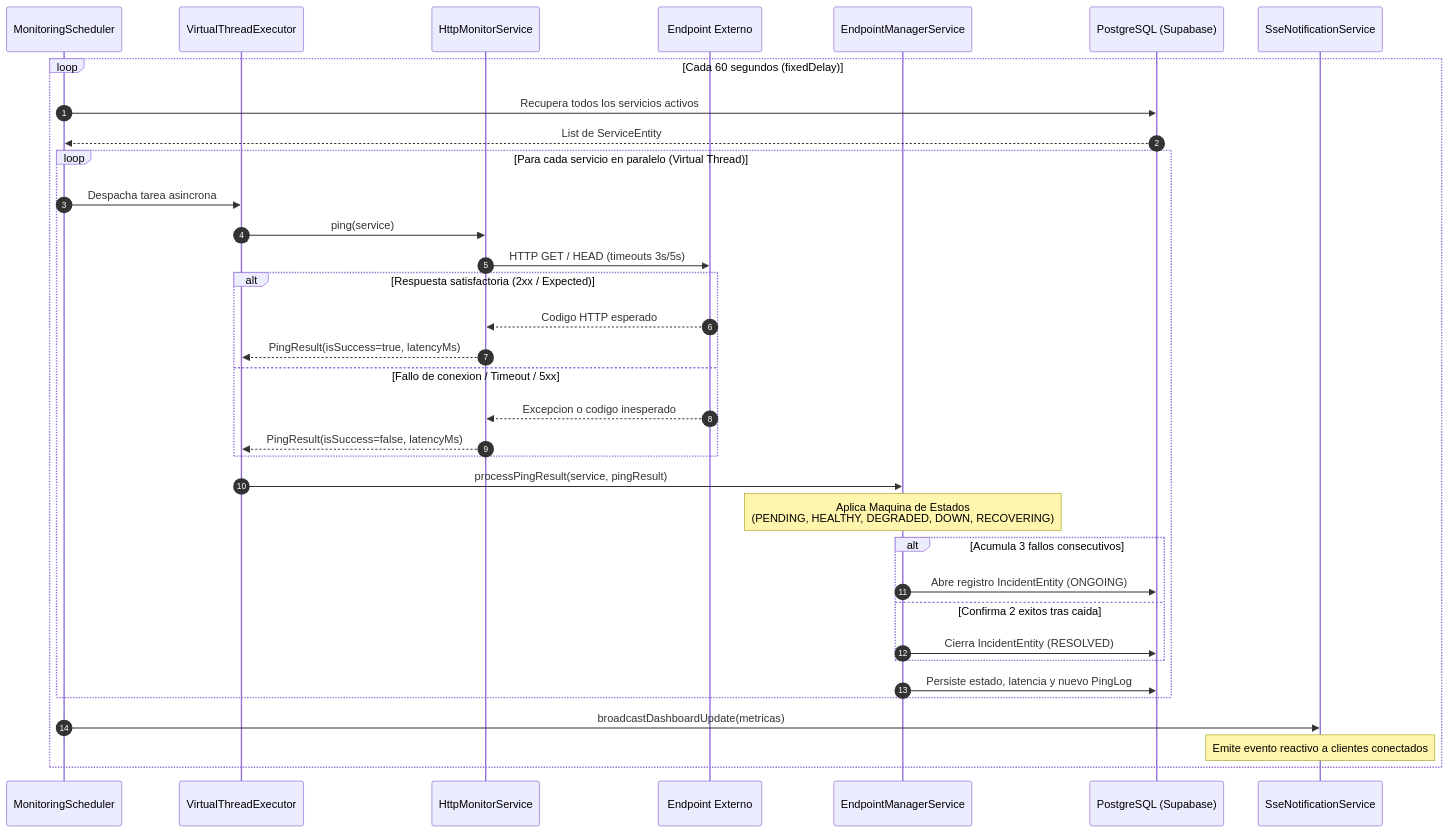
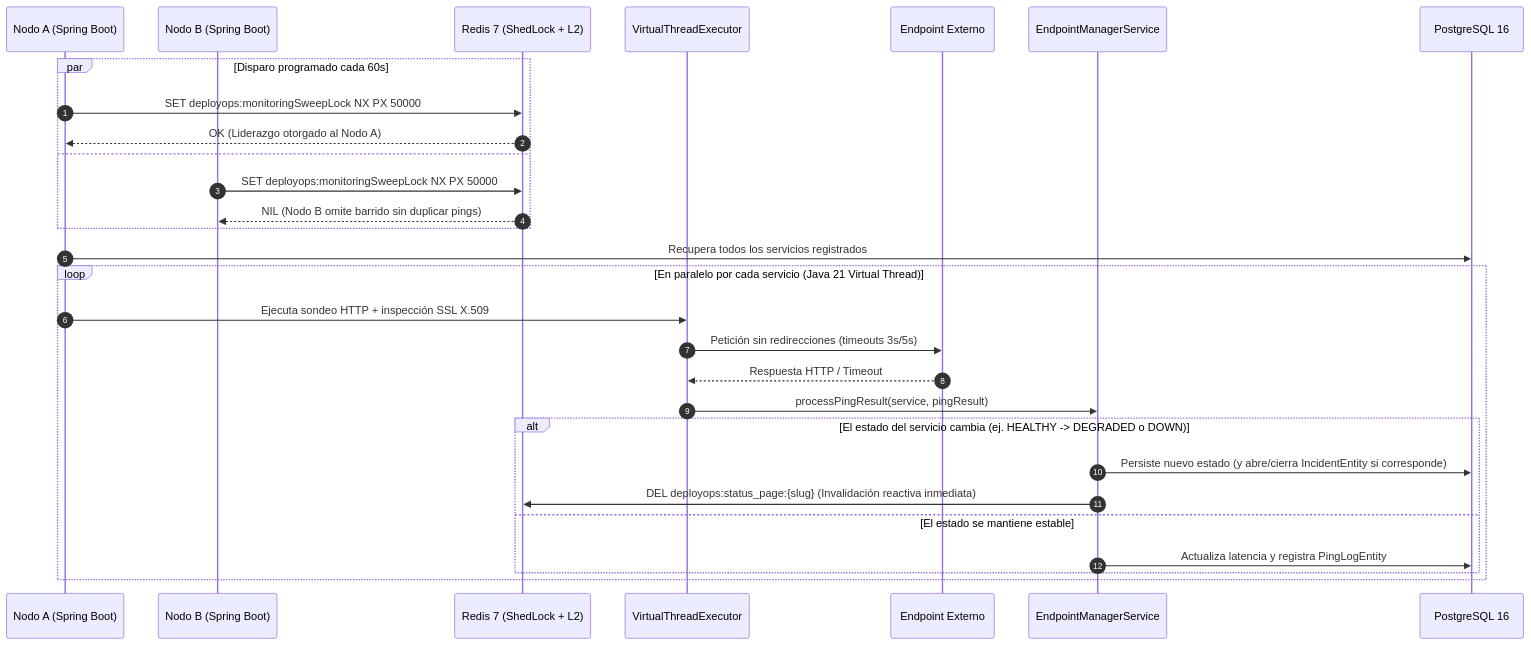
One commit to Marcosdaag/deploy-ops changed the third of 4 diagrams in docs/ARCHITECTURE.md. Above: the diagram before and after it, drawn with Mermaid. The commit also changed other lines of this file and 20 other files, not shown here.

First line of the commit message:
feat(v2-fase1): coordinacion redis 7 con shedlock, cache l2 reactiva, rate limit distribuido y gobernanza documental

````diff
--- a/docs/ARCHITECTURE.md
+++ b/docs/ARCHITECTURE.md
@@ -134,44 +101,33 @@
 ```mermaid
 sequenceDiagram
     autonumber
-    participant S as MonitoringScheduler
+    participant NA as Nodo A (Spring Boot)
+    participant NB as Nodo B (Spring Boot)
+    participant R as Redis 7 (ShedLock + L2)
     participant VT as VirtualThreadExecutor
-    participant H as HttpMonitorService
     participant E as Endpoint Externo
     participant M as EndpointManagerService
-    participant DB as PostgreSQL (Supabase)
-    participant SSE as SseNotificationService
+    participant DB as PostgreSQL 16
 
-    loop Cada 60 segundos (fixedDelay)
-        S->>DB: Recupera todos los servicios activos
-        DB-->>S: List de ServiceEntity
-        
-        loop Para cada servicio en paralelo (Virtual Thread)
-            S->>VT: Despacha tarea asincrona
-            VT->>H: ping(service)
-            H->>E: HTTP GET / HEAD (timeouts 3s/5s)
-            
-            alt Respuesta satisfactoria (2xx / Expected)
-                E-->>H: Codigo HTTP esperado
-                H-->>VT: PingResult(isSuccess=true, latencyMs)
-            else Fallo de conexion / Timeout / 5xx
-                E-->>H: Excepcion o codigo inesperado
-                H-->>VT: PingResult(isSuccess=false, latencyMs)
-            end
-            
-            VT->>M: processPingResult(service, pingResult)
-            Note over M: Aplica Maquina de Estados<br/>(PENDING, HEALTHY, DEGRADED, DOWN, RECOVERING)
-            
-            alt Acumula 3 fallos consecutivos
-                M->>DB: Abre registro IncidentEntity (ONGOING)
-            else Confirma 2 exitos tras caida
-                M->>DB: Cierra IncidentEntity (RESOLVED)
-            end
-            
-            M->>DB: Persiste estado, latencia y nuevo PingLog
+    par Disparo programado cada 60s
+        NA->>R: SET deployops:monitoringSweepLock NX PX 50000
+        R-->>NA: OK (Liderazgo otorgado al Nodo A)
+    and
+        NB->>R: SET deployops:monitoringSweepLock NX PX 50000
+        R-->>NB: NIL (Nodo B omite barrido sin duplicar pings)
+    end
+
+    NA->>DB: Recupera todos los servicios registrados
+    loop En paralelo por cada servicio (Java 21 Virtual Thread)
+        NA->>VT: Ejecuta sondeo HTTP + inspección SSL X.509
+        VT->>E: Petición sin redirecciones (timeouts 3s/5s)
+        E-->>VT: Respuesta HTTP / Timeout
+        VT->>M: processPingResult(service, pingResult)
+        alt El estado del servicio cambia (ej. HEALTHY -> DEGRADED o DOWN)
+            M->>DB: Persiste nuevo estado (y abre/cierra IncidentEntity si corresponde)
+            M->>R: DEL deployops:status_page:{slug} (Invalidación reactiva inmediata)
+        else El estado se mantiene estable
+            M->>DB: Actualiza latencia y registra PingLogEntity
         end
-        
-        S->>SSE: broadcastDashboardUpdate(metricas)
-        Note over SSE: Emite evento reactivo a clientes conectados
     end
 ```
````
